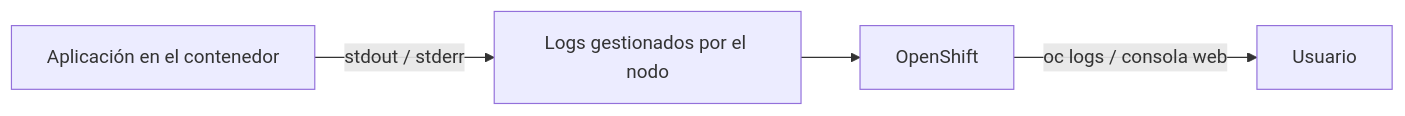
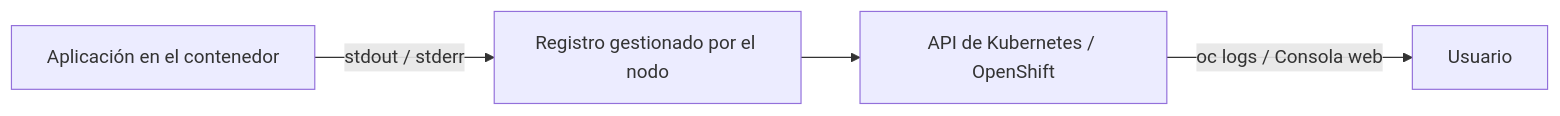
The first of 4 diagrams in docs/sesion3/3.4 Logs.md (ieftraining/curso-openshift), drawn with Mermaid before and after one commit. The commit also changed other lines of this file, not shown here.

````diff
--- a/docs/sesion3/3.4 Logs.md
+++ b/docs/sesion3/3.4 Logs.md
@@ -26,6 +26,6 @@
 ```mermaid
 flowchart LR
-    A[Aplicación en el contenedor] -->|stdout / stderr| B[Logs gestionados por el nodo]
-    B --> C[OpenShift]
-    C -->|oc logs / consola web| D[Usuario]
+    A[Aplicación en el contenedor] -->|stdout / stderr| B[Registro gestionado por el nodo]
+    B --> C[API de Kubernetes / OpenShift]
+    C -->|oc logs / Consola web| D[Usuario]
 ```
````
